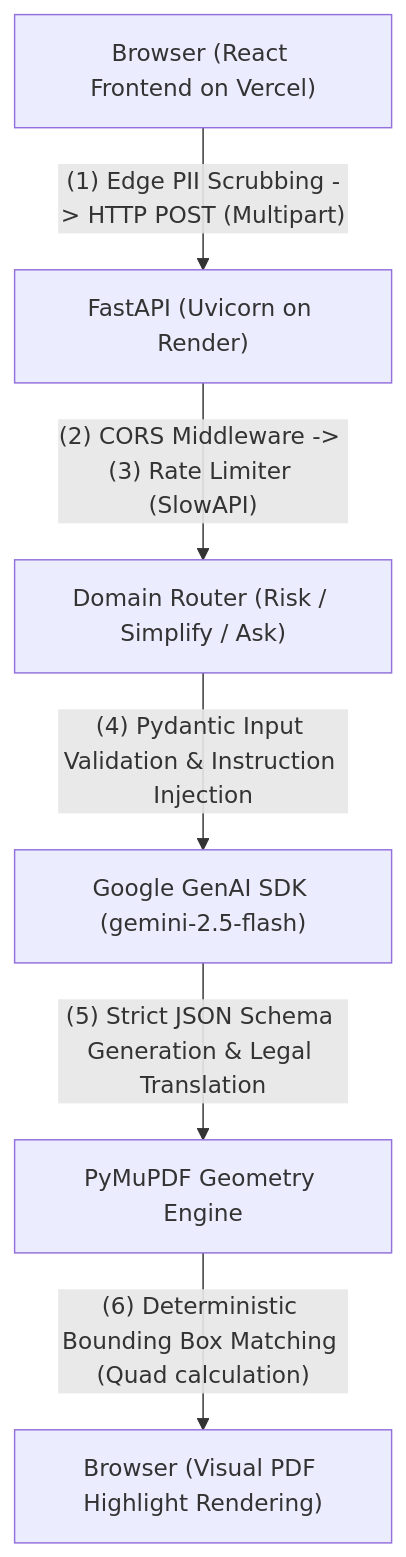
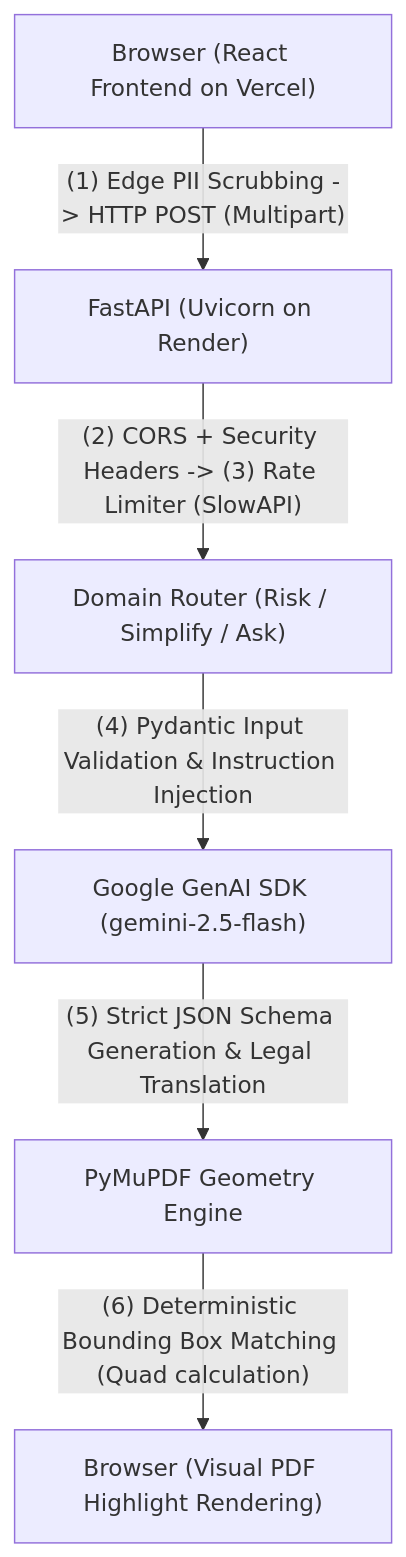
One commit to kartikjoshi7/LegalEase-AI changed the diagram in README.md. Above: the diagram before and after it, drawn with Mermaid. The commit also changed other lines of this file and 11 other files, not shown here.

Commit message:
feat: implement security headers, optimize React re-renders, and finalize test suite

````diff
--- a/README.md
+++ b/README.md
@@ -52,15 +97,15 @@
 ```mermaid
 flowchart TD
   Client["Browser (React Frontend on Vercel)"]
   API["FastAPI (Uvicorn on Render)"]
   Router["Domain Router (Risk / Simplify / Ask)"]
   AI["Google GenAI SDK (gemini-2.5-flash)"]
   Geo["PyMuPDF Geometry Engine"]
   Render["Browser (Visual PDF Highlight Rendering)"]
 
   Client -- "(1) Edge PII Scrubbing -> HTTP POST (Multipart)" --> API
-  API -- "(2) CORS Middleware -> (3) Rate Limiter (SlowAPI)" --> Router
+  API -- "(2) CORS + Security Headers -> (3) Rate Limiter (SlowAPI)" --> Router
   Router -- "(4) Pydantic Input Validation & Instruction Injection" --> AI
   AI -- "(5) Strict JSON Schema Generation & Legal Translation" --> Geo
   Geo -- "(6) Deterministic Bounding Box Matching (Quad calculation)" --> Render
 ```
````
